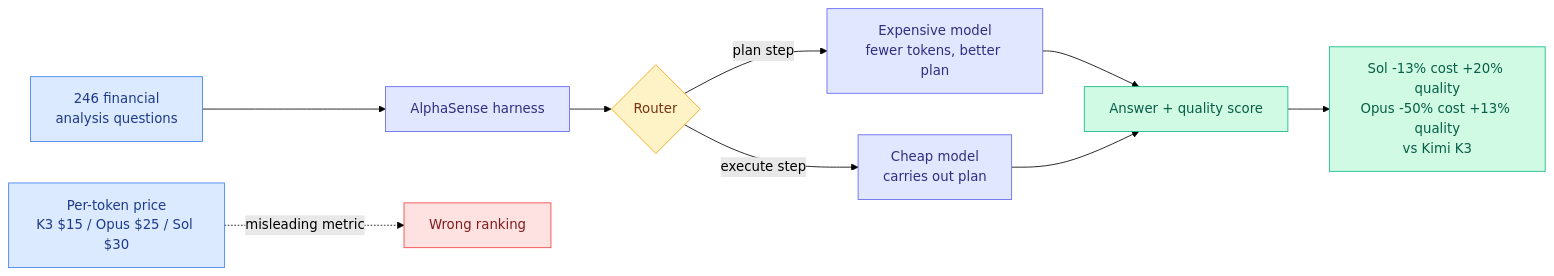
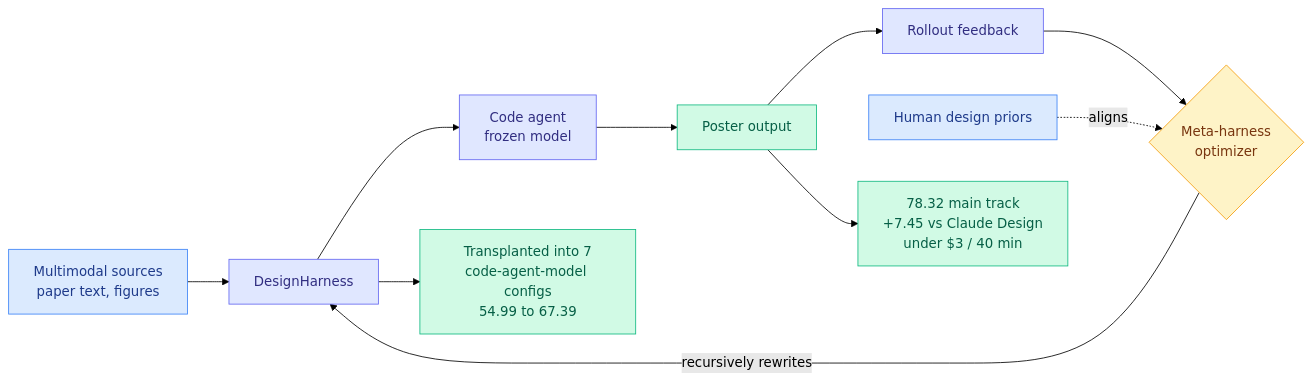
One commit to bayesiansapien/cere-bro changed the fourth of 9 diagrams in wiki/daily-digest/2026-08/2026-08-14.md. Above: the diagram before and after it, drawn with Mermaid (forest theme). The commit also changed other lines of this file and 6 other files, not shown here.

````diff
--- a/wiki/daily-digest/2026-08/2026-08-14.md
+++ b/wiki/daily-digest/2026-08/2026-08-14.md
@@ -93,21 +238,20 @@
 ```mermaid
 flowchart LR
-  Q[246 financial<br/>analysis questions] --> H[AlphaSense harness]
-  H --> R{Router}
-  R -->|plan step| BIG[Expensive model<br/>fewer tokens, better plan]
-  R -->|execute step| SMALL[Cheap model<br/>carries out plan]
-  BIG --> A[Answer + quality score]
-  SMALL --> A
-  PT[Per-token price<br/>K3 $15 / Opus $25 / Sol $30] -.misleading metric.-> X[Wrong ranking]
-  A --> RES[Sol -13% cost +20% quality<br/>Opus -50% cost +13% quality<br/>vs Kimi K3]
+  SRC[Multimodal sources<br/>paper text, figures] --> H[DesignHarness]
+  H --> CA[Code agent<br/>frozen model]
+  CA --> OUT[Poster output]
+  OUT --> RF[Rollout feedback]
+  RF --> MO{Meta-harness<br/>optimizer}
+  HP[Human design priors] -.aligns.-> MO
+  MO -->|recursively rewrites| H
+  H --> X[Transplanted into 7<br/>code-agent-model configs<br/>54.99 to 67.39]
+  OUT --> S[78.32 main track<br/>+7.45 vs Claude Design<br/>under $3 / 40 min]
   classDef input fill:#dbeafe,stroke:#3b82f6,color:#1e3a8a
   classDef decision fill:#fef3c7,stroke:#f59e0b,color:#78350f
   classDef output fill:#d1fae5,stroke:#10b981,color:#065f46
-  classDef warn fill:#fee2e2,stroke:#ef4444,color:#7f1d1d
   classDef aux fill:#e0e7ff,stroke:#6366f1,color:#312e81
-  class Q,PT input
-  class R decision
-  class A,RES output
-  class X warn
-  class H,BIG,SMALL aux
+  class SRC,HP input
+  class MO decision
+  class OUT,S,X output
+  class H,CA,RF aux
 ```
````
